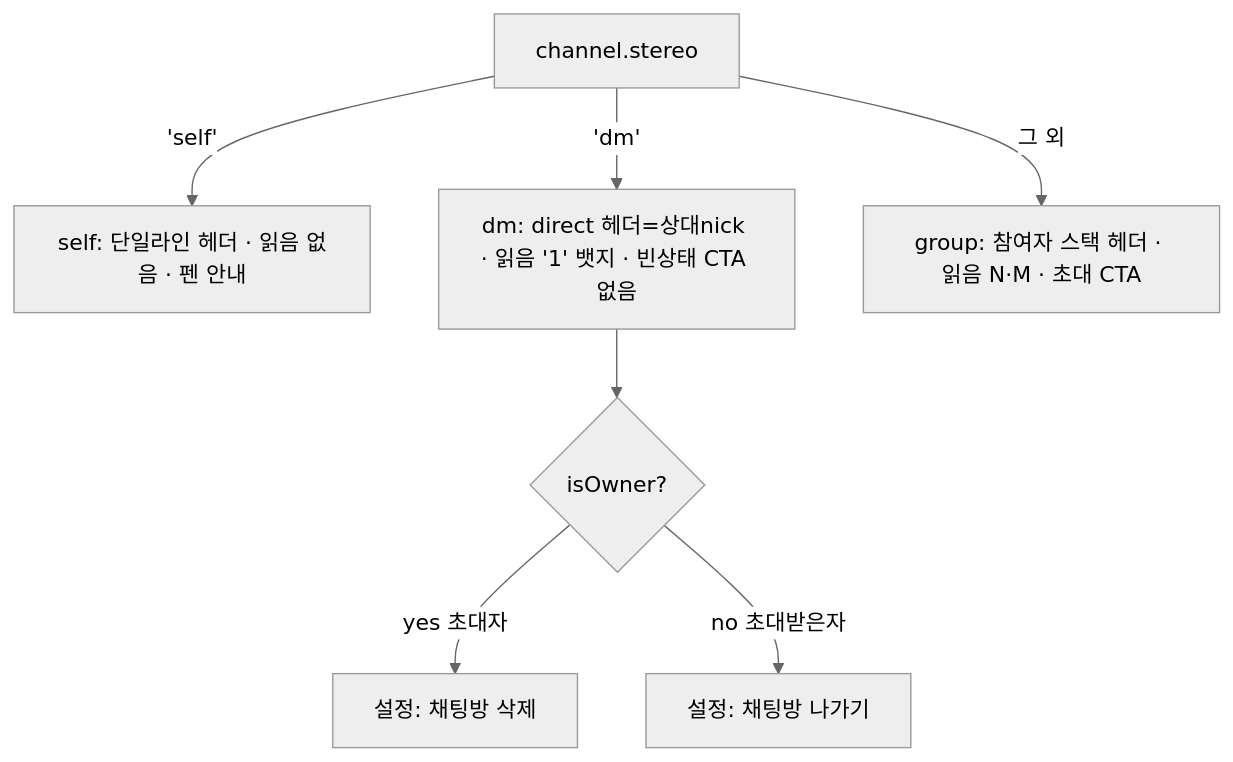
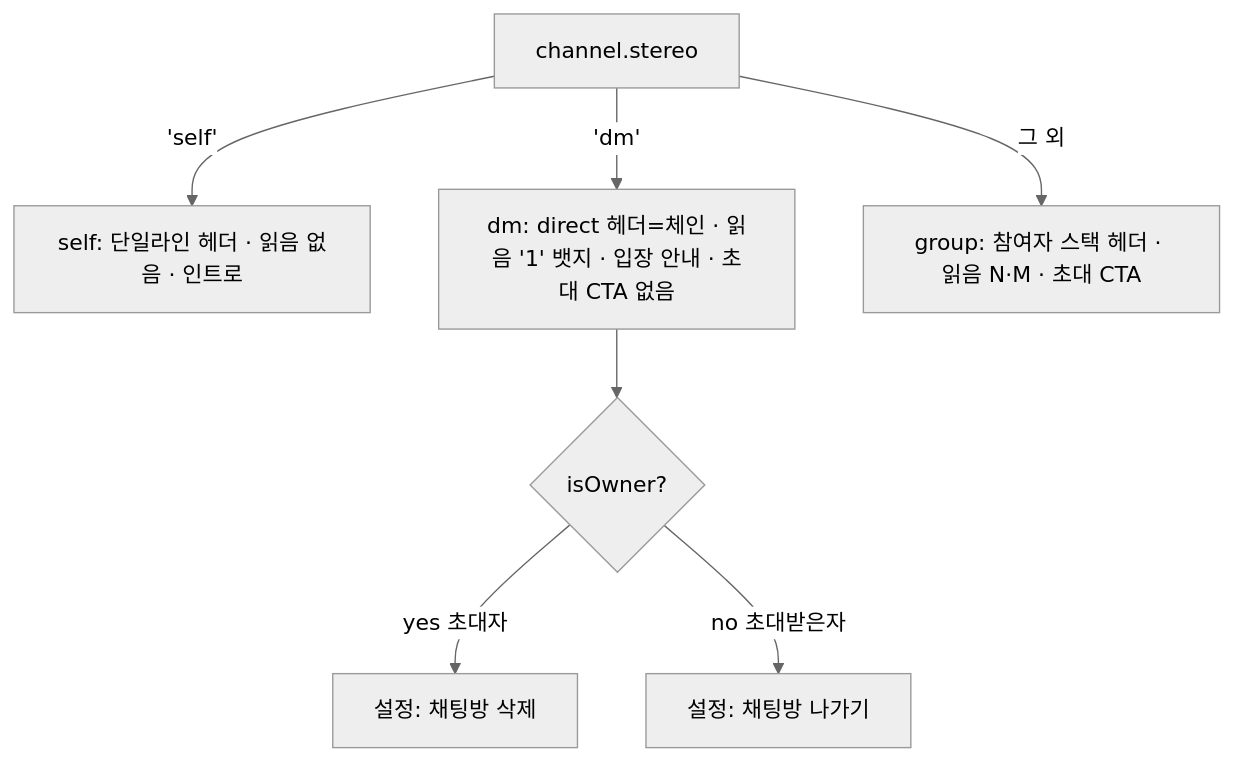
Before and after one commit to lemoncloud-io/dou-app: the first of 4 diagrams in apps/web/docs/feature/channels/dm-chat.md, drawn with Mermaid (neutral theme). The commit also changed other lines of this file and 3 other files, not shown here.

````diff
--- a/apps/web/docs/feature/channels/dm-chat.md
+++ b/apps/web/docs/feature/channels/dm-chat.md
@@ -80,9 +126,9 @@
 ```mermaid
 flowchart TD
-    C[channel.stereo] -->|'self'| S[self: 단일라인 헤더 · 읽음 없음 · 펜 안내]
-    C -->|'dm'| D[dm: direct 헤더=상대nick · 읽음 '1' 뱃지 · 빈상태 CTA 없음]
+    C[channel.stereo] -->|'self'| S[self: 단일라인 헤더 · 읽음 없음 · 인트로]
+    C -->|'dm'| D[dm: direct 헤더=체인 · 읽음 '1' 뱃지 · 입장 안내 · 초대 CTA 없음]
     C -->|그 외| G[group: 참여자 스택 헤더 · 읽음 N·M · 초대 CTA]
     D --> O{isOwner?}
     O -->|yes 초대자| DEL[설정: 채팅방 삭제]
     O -->|no 초대받은자| LEA[설정: 채팅방 나가기]
 ```
````
